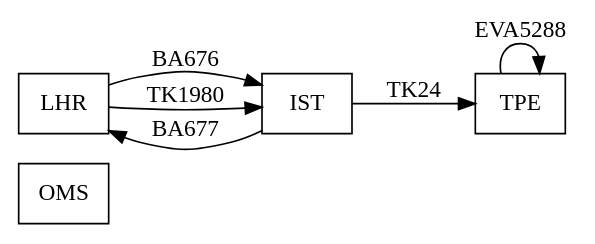
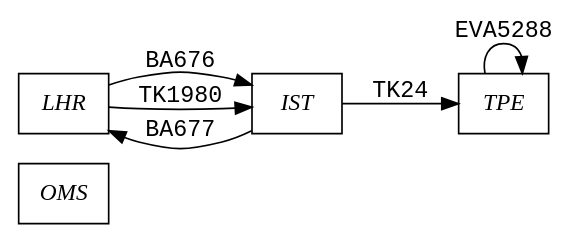
Before and after one commit to qbit86/arborescence: the diagram in samples/Arborescence.FlightGraphs/flights.gv, drawn with Graphviz.

Commit message:
[Samples] Change typography

```diff
--- a/samples/Arborescence.FlightGraphs/flights.gv
+++ b/samples/Arborescence.FlightGraphs/flights.gv
@@ -1,13 +1,14 @@
 digraph Flights {
   rankdir=LR
-  node [shape=box]
+  node [shape=box fontname="Times-Italic"]
+  edge [fontname="Monospace"]
   OMS // Omsk
   LHR // London
   IST // Istanbul
   TPE // Taipei
   LHR -> IST [label="BA676"]
   LHR -> IST [label="TK1980"]
   IST -> LHR [label="BA677"]
   IST -> TPE [label="TK24"]
   TPE -> TPE [label="EVA5288"]
 }
```
